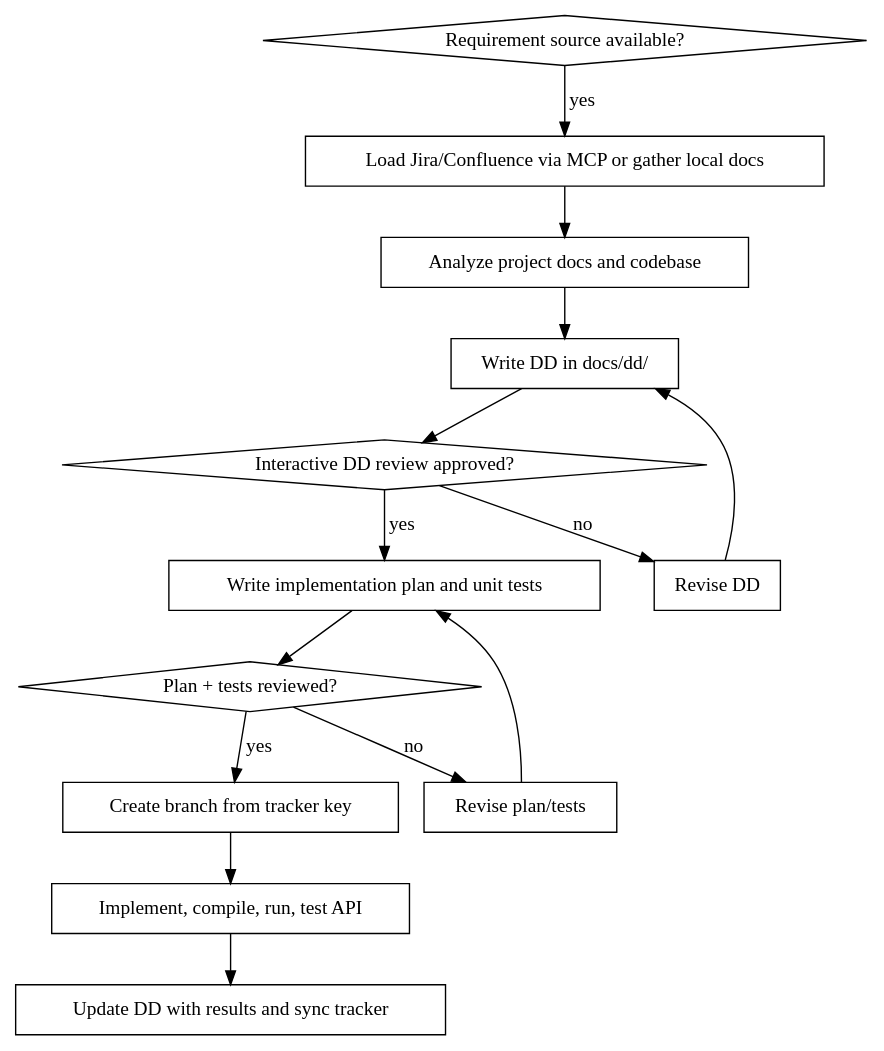
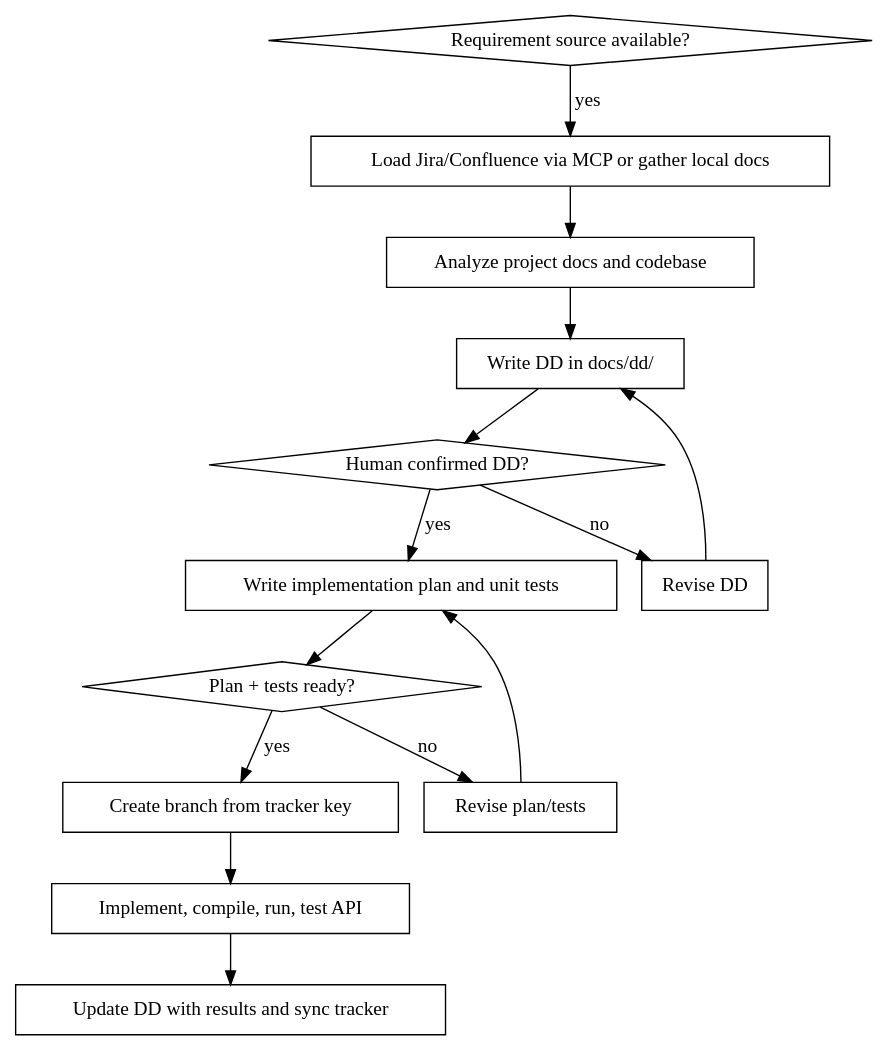
Before and after one commit to JoeHe0x/superpowers: the diagram in skills/requirements-driven-development/SKILL.md, drawn with Graphviz. The commit also changed other lines of this file and 6 other files, not shown here.

````diff
--- a/skills/requirements-driven-development/SKILL.md
+++ b/skills/requirements-driven-development/SKILL.md
@@ -48,31 +48,31 @@
 ```dot
 digraph rdd_flow {
     rankdir=TB;
     "Requirement source available?" [shape=diamond];
     "Load Jira/Confluence via MCP or gather local docs" [shape=box];
     "Analyze project docs and codebase" [shape=box];
     "Write DD in docs/dd/" [shape=box];
-    "Interactive DD review approved?" [shape=diamond];
+    "Human confirmed DD?" [shape=diamond];
     "Revise DD" [shape=box];
     "Write implementation plan and unit tests" [shape=box];
-    "Plan + tests reviewed?" [shape=diamond];
+    "Plan + tests ready?" [shape=diamond];
     "Revise plan/tests" [shape=box];
     "Create branch from tracker key" [shape=box];
     "Implement, compile, run, test API" [shape=box];
     "Update DD with results and sync tracker" [shape=box];
 
     "Requirement source available?" -> "Load Jira/Confluence via MCP or gather local docs" [label="yes"];
     "Load Jira/Confluence via MCP or gather local docs" -> "Analyze project docs and codebase";
     "Analyze project docs and codebase" -> "Write DD in docs/dd/";
-    "Write DD in docs/dd/" -> "Interactive DD review approved?";
-    "Interactive DD review approved?" -> "Revise DD" [label="no"];
+    "Write DD in docs/dd/" -> "Human confirmed DD?";
+    "Human confirmed DD?" -> "Revise DD" [label="no"];
     "Revise DD" -> "Write DD in docs/dd/";
-    "Interactive DD review approved?" -> "Write implementation plan and unit tests" [label="yes"];
-    "Write implementation plan and unit tests" -> "Plan + tests reviewed?";
-    "Plan + tests reviewed?" -> "Revise plan/tests" [label="no"];
+    "Human confirmed DD?" -> "Write implementation plan and unit tests" [label="yes"];
+    "Write implementation plan and unit tests" -> "Plan + tests ready?";
+    "Plan + tests ready?" -> "Revise plan/tests" [label="no"];
     "Revise plan/tests" -> "Write implementation plan and unit tests";
-    "Plan + tests reviewed?" -> "Create branch from tracker key" [label="yes"];
+    "Plan + tests ready?" -> "Create branch from tracker key" [label="yes"];
     "Create branch from tracker key" -> "Implement, compile, run, test API";
     "Implement, compile, run, test API" -> "Update DD with results and sync tracker";
 }
 ```
````
